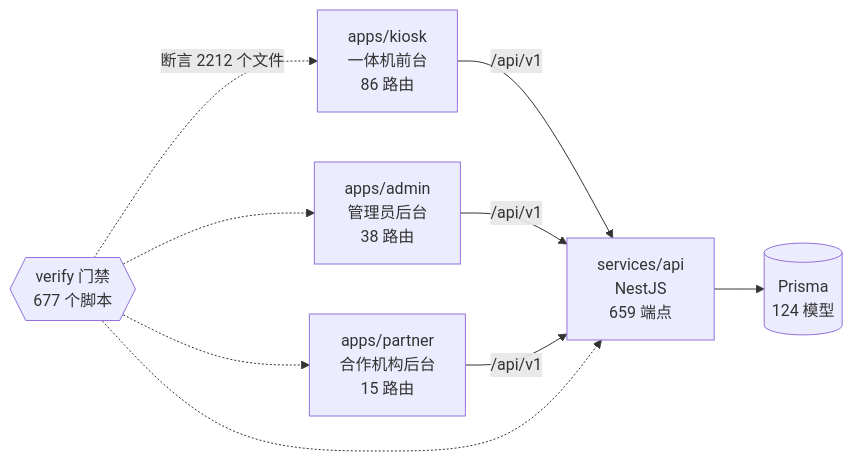
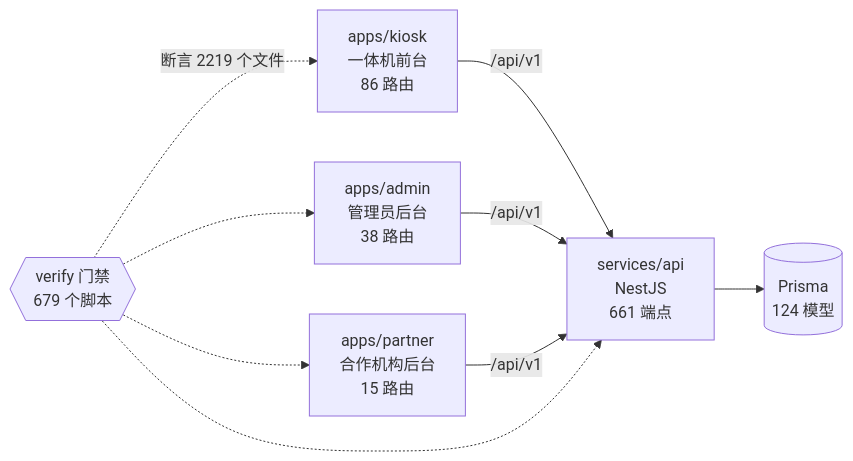
One commit to wanglei581/YITIJI changed the diagram in docs/graph/README.md. Above: the diagram before and after it, drawn with Mermaid. The commit also changed other lines of this file and 4 other files, not shown here.

Commit message:
docs: 重生项目图谱，纳入清场接口与对话原话门禁

````diff
--- a/docs/graph/README.md
+++ b/docs/graph/README.md
@@ -68,18 +68,18 @@
 ```mermaid
 flowchart LR
   kiosk["apps/kiosk<br/>一体机前台<br/>86 路由"]
   admin["apps/admin<br/>管理员后台<br/>38 路由"]
   partner["apps/partner<br/>合作机构后台<br/>15 路由"]
-  api["services/api<br/>NestJS<br/>659 端点"]
+  api["services/api<br/>NestJS<br/>661 端点"]
   db[("Prisma<br/>124 模型")]
-  gates{{"verify 门禁<br/>677 个脚本"}}
+  gates{{"verify 门禁<br/>679 个脚本"}}
 
   kiosk -->|"/api/v1"| api
   admin -->|"/api/v1"| api
   partner -->|"/api/v1"| api
   api --> db
-  gates -.->|"断言 2212 个文件"| kiosk
+  gates -.->|"断言 2219 个文件"| kiosk
   gates -.-> admin
   gates -.-> partner
   gates -.-> api
 ```
````
